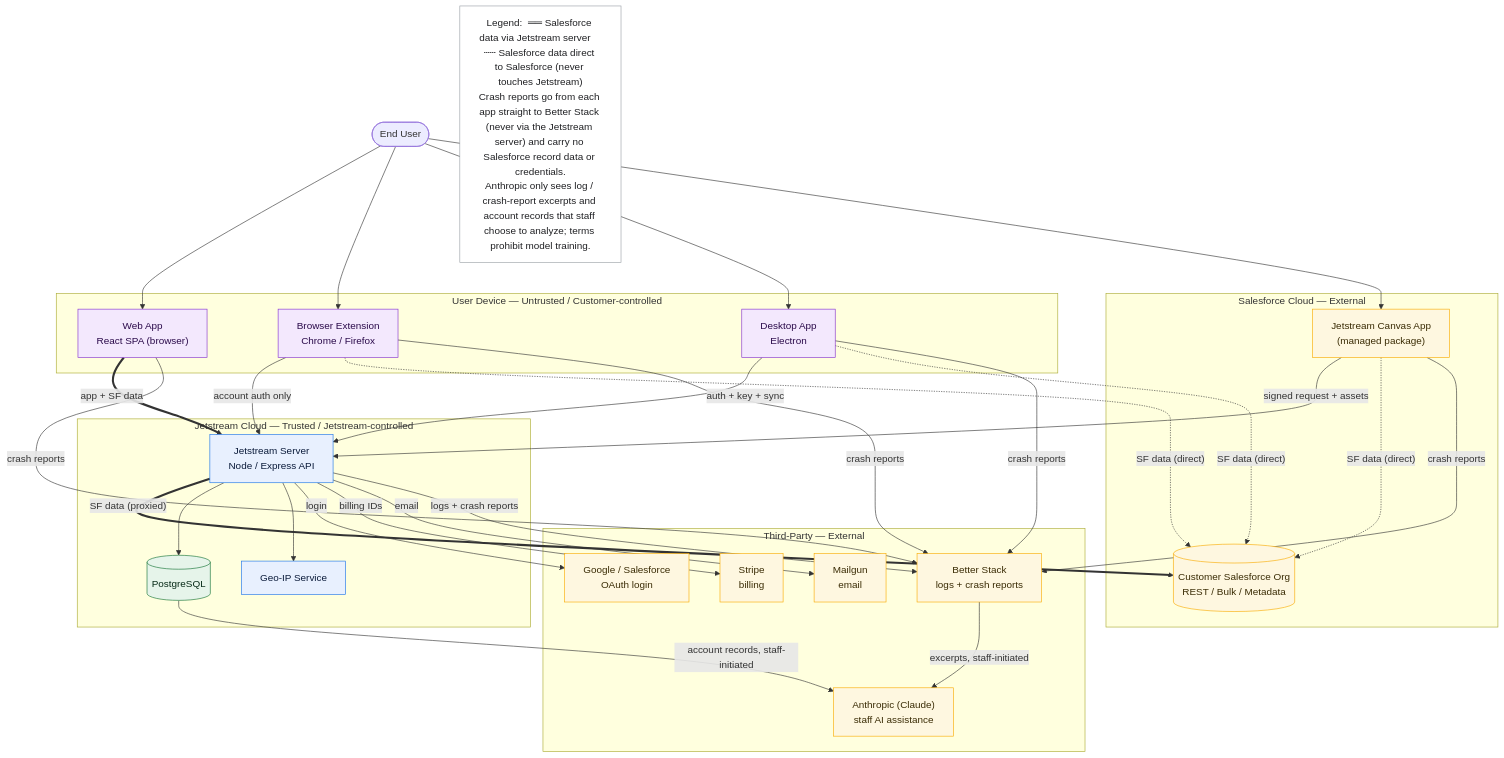
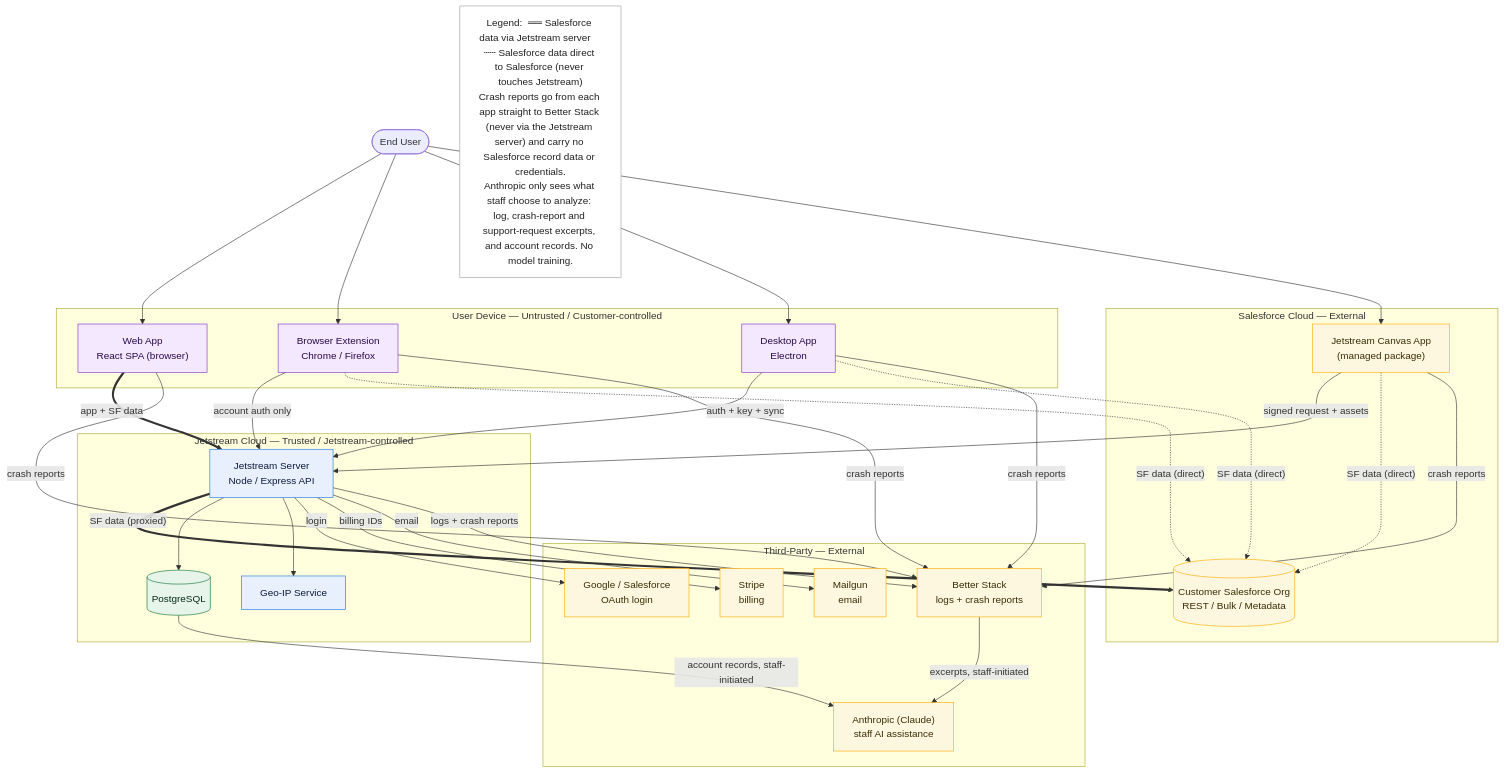
One commit to jetstreamapp/jetstream changed the diagram in docs/security/data-flow-diagrams/00-system-context.mmd. Above: the diagram before and after it, drawn with Mermaid. The commit also changed 6 other files, not shown here.

First line of the commit message:
docs(security): split out Anthropic inputs and note disabled crash reporting

```diff
--- a/docs/security/data-flow-diagrams/00-system-context.mmd
+++ b/docs/security/data-flow-diagrams/00-system-context.mmd
@@ -1,71 +1,71 @@
 flowchart TB
   user([End User])
 
   subgraph device["User Device — Untrusted / Customer-controlled"]
     web["Web App<br/>React SPA (browser)"]
     ext["Browser Extension<br/>Chrome / Firefox"]
     desk["Desktop App<br/>Electron"]
   end
 
   subgraph jetcloud["Jetstream Cloud — Trusted / Jetstream-controlled"]
     api["Jetstream Server<br/>Node / Express API"]
     db[("PostgreSQL")]
     geo["Geo-IP Service"]
   end
 
   subgraph sfcloud["Salesforce Cloud — External"]
     canvas["Jetstream Canvas App<br/>(managed package)"]
     sfapi[("Customer Salesforce Org<br/>REST / Bulk / Metadata")]
   end
 
   subgraph third["Third-Party — External"]
     google["Google / Salesforce<br/>OAuth login"]
     stripe["Stripe<br/>billing"]
     mailgun["Mailgun<br/>email"]
     errors["Better Stack<br/>logs + crash reports"]
     anthropic["Anthropic (Claude)<br/>staff AI assistance"]
   end
 
   user --> web
   user --> ext
   user --> desk
   user --> canvas
 
   web ==>|"app + SF data"| api
   ext -->|"account auth only"| api
   desk -->|"auth + key + sync"| api
   canvas -->|"signed request + assets"| api
 
   ext -.->|"SF data (direct)"| sfapi
   desk -.->|"SF data (direct)"| sfapi
   canvas -.->|"SF data (direct)"| sfapi
   api ==>|"SF data (proxied)"| sfapi
 
   api --> db
   api --> geo
   api -->|login| google
   api -->|"billing IDs"| stripe
   api -->|email| mailgun
 
   web -->|"crash reports"| errors
   ext -->|"crash reports"| errors
   desk -->|"crash reports"| errors
   canvas -->|"crash reports"| errors
   api -->|"logs + crash reports"| errors
 
   errors -->|"excerpts, staff-initiated"| anthropic
   db -->|"account records, staff-initiated"| anthropic
 
-  legend["Legend:  ══ Salesforce data via Jetstream server    ┄┄ Salesforce data direct to Salesforce (never touches Jetstream)<br/>Crash reports go from each app straight to Better Stack (never via the Jetstream server) and carry no Salesforce record data or credentials.<br/>Anthropic only sees log / crash-report excerpts and account records that staff choose to analyze; terms prohibit model training."]
+  legend["Legend:  ══ Salesforce data via Jetstream server    ┄┄ Salesforce data direct to Salesforce (never touches Jetstream)<br/>Crash reports go from each app straight to Better Stack (never via the Jetstream server) and carry no Salesforce record data or credentials.<br/>Anthropic only sees what staff choose to analyze: log, crash-report and support-request excerpts, and account records. No model training."]
 
   classDef trusted fill:#e8f0fe,stroke:#1a73e8,color:#0b1b3a
   classDef external fill:#fef7e0,stroke:#f9ab00,color:#3a2c05
   classDef store fill:#e6f4ea,stroke:#137333,color:#062916
   classDef client fill:#f3e8fd,stroke:#8430ce,color:#2a0a4a
   classDef note fill:#ffffff,stroke:#9aa0a6,color:#202124
 
   class api,geo trusted
   class db store
   class web,ext,desk client
   class sfapi,canvas,google,stripe,mailgun,errors,anthropic external
   class legend note
```
